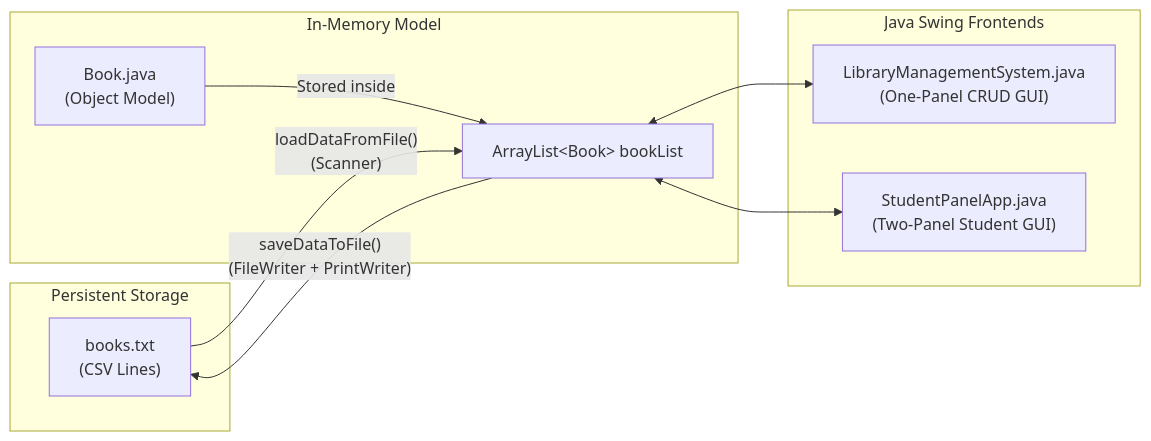
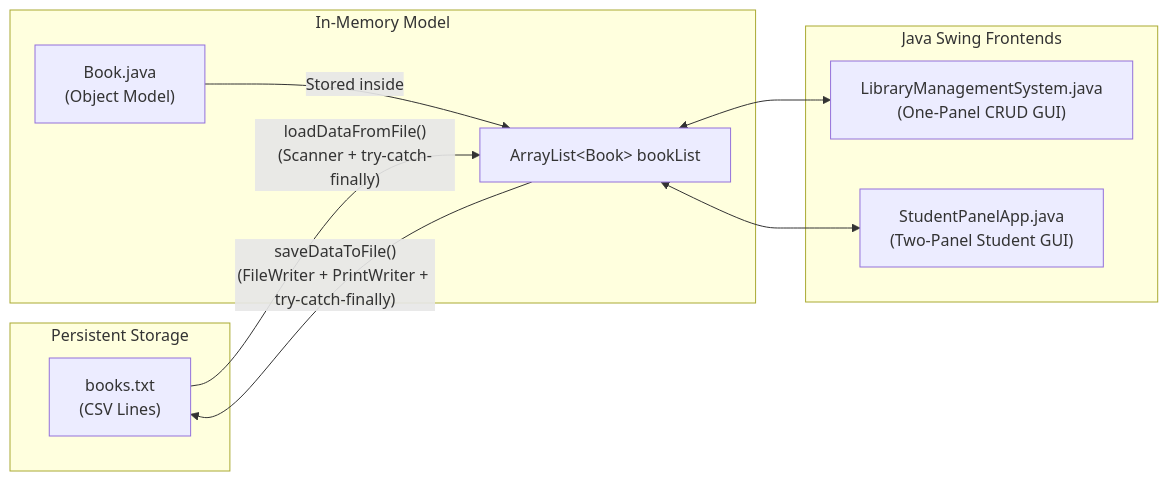
Before and after one commit to anweshathakur/Libra: the diagram in DOCUMENTATION.md, drawn with Mermaid. The commit also changed other lines of this file and 4 other files, not shown here.

````diff
--- a/DOCUMENTATION.md
+++ b/DOCUMENTATION.md
@@ -9,22 +9,22 @@
 ```mermaid
 flowchart LR
     subgraph Disk["Persistent Storage"]
         TXT["books.txt\n(CSV Lines)"]
     end
 
     subgraph Memory["In-Memory Model"]
         BOOK["Book.java\n(Object Model)"]
         LIST["ArrayList&lt;Book&gt; bookList"]
     end
 
     subgraph GUI["Java Swing Frontends"]
         LMS["LibraryManagementSystem.java\n(One-Panel CRUD GUI)"]
         SPA["StudentPanelApp.java\n(Two-Panel Student GUI)"]
     end
 
-    TXT -- "loadDataFromFile()\n(Scanner)" --> LIST
+    TXT -- "loadDataFromFile()\n(Scanner + try-catch-finally)" --> LIST
     BOOK -- "Stored inside" --> LIST
-    LIST -- "saveDataToFile()\n(FileWriter + PrintWriter)" --> TXT
+    LIST -- "saveDataToFile()\n(FileWriter + PrintWriter + try-catch-finally)" --> TXT
     LIST <--> LMS
     LIST <--> SPA
 ```
````
